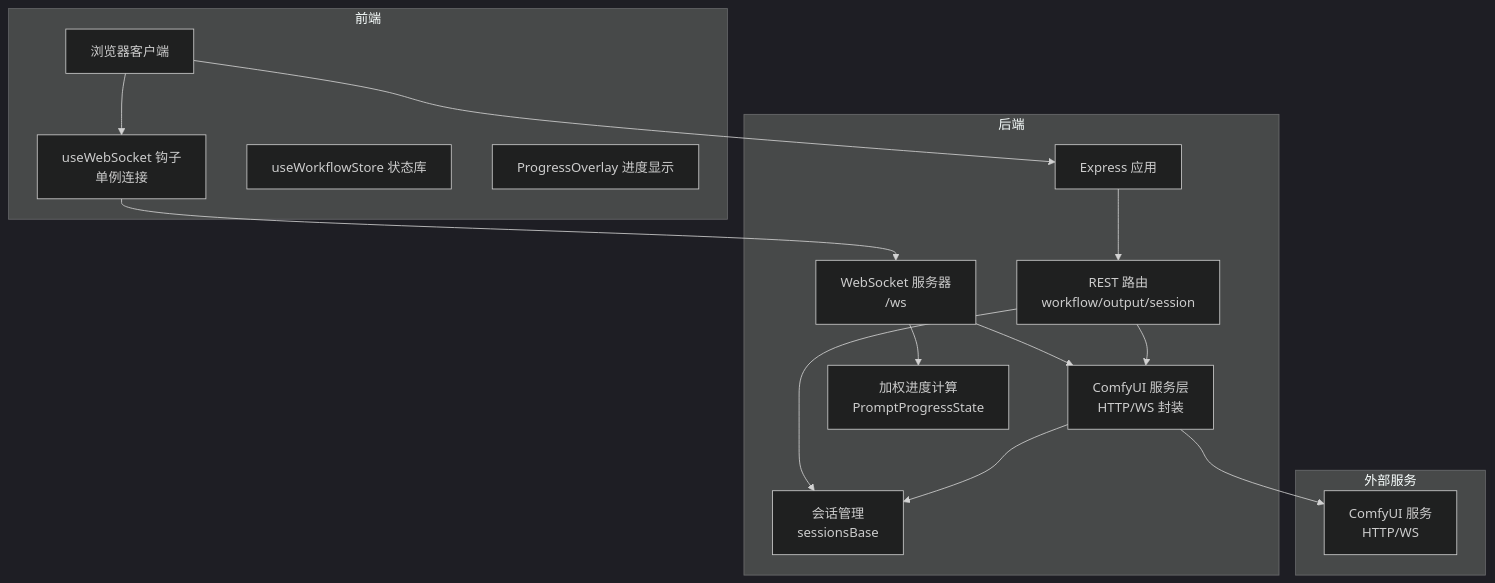
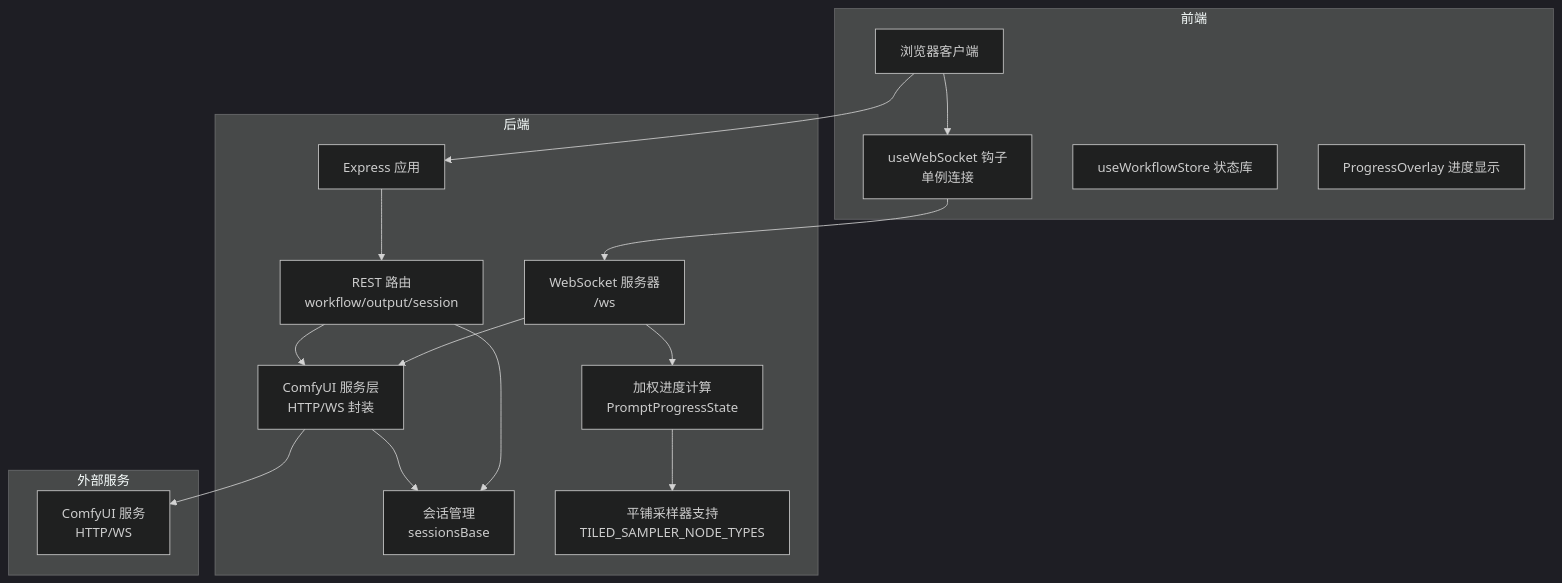
The first of 6 diagrams in .qoder/repowiki/zh/content/后端服务/ComfyUI 集成.md (billye220670/CorineKit_Pix2Real), drawn with Mermaid (dark theme) before and after one commit. The commit also changed other lines of this file and 73 other files, not shown here.

````diff
--- a/.qoder/repowiki/zh/content/后端服务/ComfyUI 集成.md
+++ b/.qoder/repowiki/zh/content/后端服务/ComfyUI 集成.md
@@ -58,30 +60,32 @@
 ```mermaid
 graph TB
 subgraph "前端"
 FE_Client["浏览器客户端"]
 FE_WS["useWebSocket 钩子<br/>单例连接"]
 FE_Store["useWorkflowStore 状态库"]
 FE_Progress["ProgressOverlay 进度显示"]
 end
 subgraph "后端"
 BE_Express["Express 应用"]
 BE_WS["WebSocket 服务器<br/>/ws"]
 BE_Routes["REST 路由<br/>workflow/output/session"]
 BE_Services["ComfyUI 服务层<br/>HTTP/WS 封装"]
 BE_Session["会话管理<br/>sessionsBase"]
 BE_Progress["加权进度计算<br/>PromptProgressState"]
+BE_Tiled["平铺采样器支持<br/>TILED_SAMPLER_NODE_TYPES"]
 end
 subgraph "外部服务"
 COMFY["ComfyUI 服务<br/>HTTP/WS"]
 end
 FE_Client --> FE_WS
 FE_WS --> BE_WS
 BE_WS --> BE_Services
 BE_Services --> COMFY
 FE_Client --> BE_Express
 BE_Express --> BE_Routes
 BE_Routes --> BE_Services
 BE_Routes --> BE_Session
 BE_Services --> BE_Session
 BE_WS --> BE_Progress
+BE_Progress --> BE_Tiled
 ```
````
